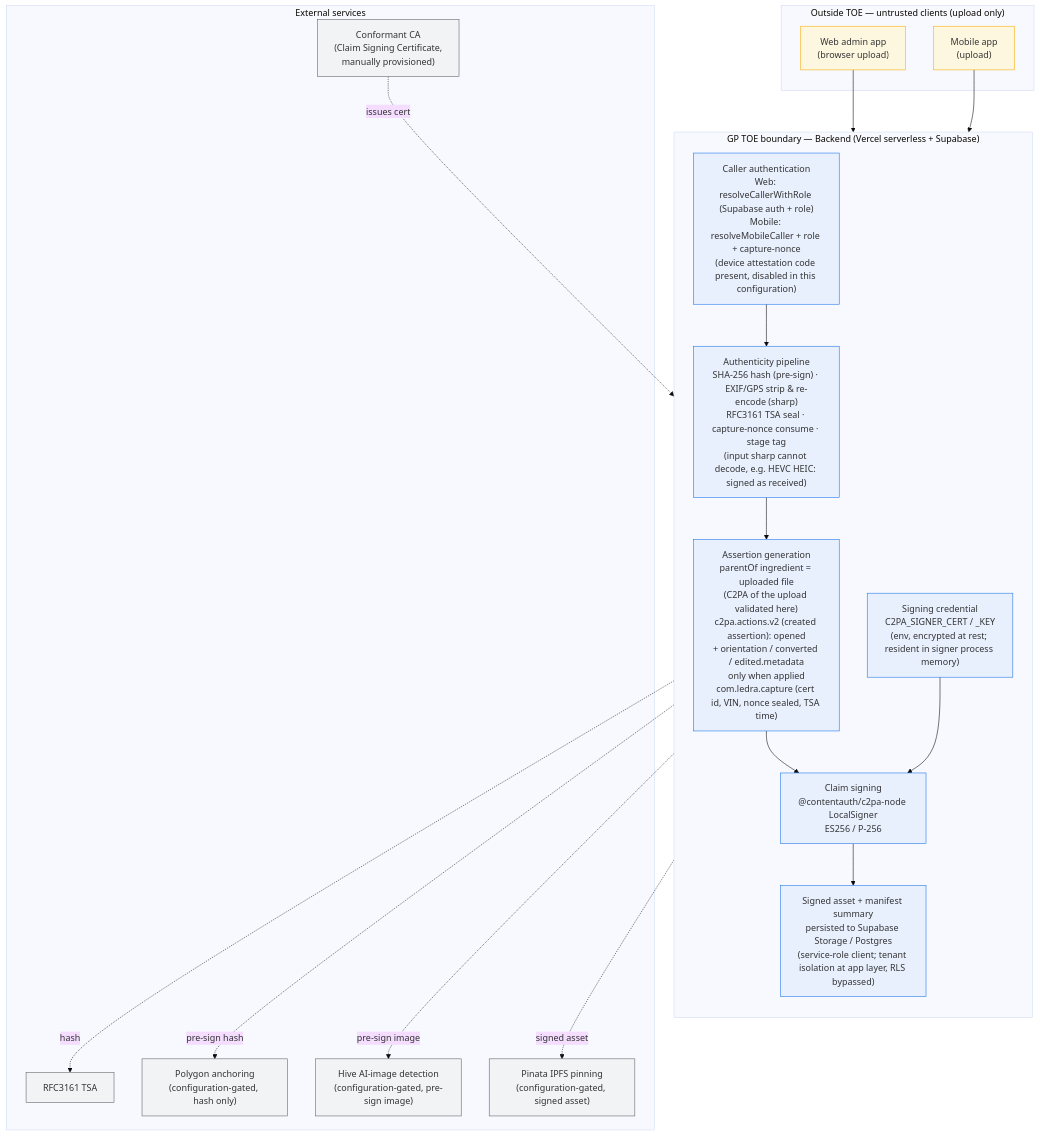
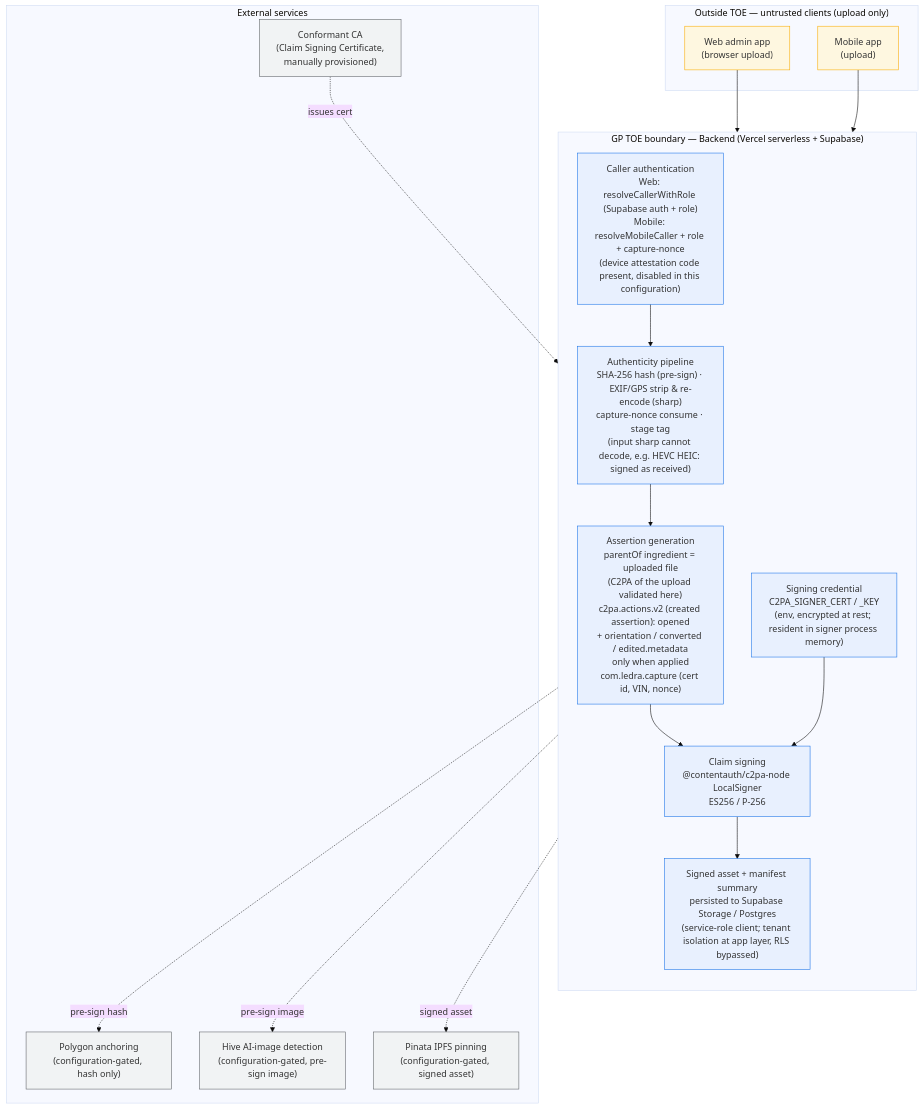
One commit to holy-auto/Ledra changed the diagram in docs/diagrams/c2pa-gp-toe.mmd. Above: the diagram before and after it, drawn with Mermaid (base theme). The commit also changed 4 other files, not shown here.

First line of the commit message:
docs(c2pa): 本番で無効の TSA を GPSA・運用文書・TOE 図から削除

```diff
--- a/docs/diagrams/c2pa-gp-toe.mmd
+++ b/docs/diagrams/c2pa-gp-toe.mmd
@@ -1,44 +1,42 @@
 %% Ledra Generator Product — Target of Evaluation (TOE), Backend class, Assurance Level 1
 %% TOE boundary: from asset capture/upload through claim signing to persistence of the signed asset.
 flowchart TB
     subgraph CLIENT["Outside TOE — untrusted clients (upload only)"]
         WEB["Web admin app<br/>(browser upload)"]
         MOB["Mobile app<br/>(upload)"]
     end
 
     subgraph TOE["GP TOE boundary — Backend (Vercel serverless + Supabase)"]
         direction TB
         AUTH["Caller authentication<br/>Web: resolveCallerWithRole (Supabase auth + role)<br/>Mobile: resolveMobileCaller + role + capture-nonce<br/>(device attestation code present, disabled in this configuration)"]
-        PIPE["Authenticity pipeline<br/>SHA-256 hash (pre-sign) · EXIF/GPS strip &amp; re-encode (sharp)<br/>RFC3161 TSA seal · capture-nonce consume · stage tag<br/>(input sharp cannot decode, e.g. HEVC HEIC: signed as received)"]
-        ASSERT["Assertion generation<br/>parentOf ingredient = uploaded file<br/>(C2PA of the upload validated here)<br/>c2pa.actions.v2 (created assertion): opened<br/>+ orientation / converted / edited.metadata<br/>only when applied<br/>com.ledra.capture (cert id, VIN, nonce sealed, TSA time)"]
+        PIPE["Authenticity pipeline<br/>SHA-256 hash (pre-sign) · EXIF/GPS strip &amp; re-encode (sharp)<br/>capture-nonce consume · stage tag<br/>(input sharp cannot decode, e.g. HEVC HEIC: signed as received)"]
+        ASSERT["Assertion generation<br/>parentOf ingredient = uploaded file<br/>(C2PA of the upload validated here)<br/>c2pa.actions.v2 (created assertion): opened<br/>+ orientation / converted / edited.metadata<br/>only when applied<br/>com.ledra.capture (cert id, VIN, nonce)"]
         SIGN["Claim signing<br/>@contentauth/c2pa-node LocalSigner<br/>ES256 / P-256"]
         KEY["Signing credential<br/>C2PA_SIGNER_CERT / _KEY<br/>(env, encrypted at rest; resident in signer process memory)"]
         STORE["Signed asset + manifest summary<br/>persisted to Supabase Storage / Postgres<br/>(service-role client; tenant isolation at app layer, RLS bypassed)"]
     end
 
     subgraph EXT["External services"]
         CA["Conformant CA<br/>(Claim Signing Certificate,<br/>manually provisioned)"]
-        TSA["RFC3161 TSA"]
         CHAIN["Polygon anchoring<br/>(configuration-gated, hash only)"]
         HIVE["Hive AI-image detection<br/>(configuration-gated, pre-sign image)"]
         IPFS["Pinata IPFS pinning<br/>(configuration-gated, signed asset)"]
     end
 
     WEB --> AUTH
     MOB --> AUTH
     AUTH --> PIPE --> ASSERT --> SIGN --> STORE
     KEY --> SIGN
     CA -. issues cert .-> KEY
-    PIPE -. hash .-> TSA
     %% Polygon anchors the PRE-SIGN pipeline hash (SHA-256 of the stripped buffer),
     %% not the stored signed bytes — embedding the manifest changes the bytes.
     PIPE -. pre-sign hash .-> CHAIN
     PIPE -. pre-sign image .-> HIVE
     SIGN -. signed asset .-> IPFS
 
     classDef toe fill:#e8f0fe,stroke:#1a73e8,stroke-width:1px;
     classDef ext fill:#f1f3f4,stroke:#5f6368,stroke-width:1px;
     classDef cli fill:#fef7e0,stroke:#f9ab00,stroke-width:1px;
     class AUTH,PIPE,ASSERT,SIGN,KEY,STORE toe;
-    class CA,TSA,CHAIN,HIVE,IPFS ext;
+    class CA,CHAIN,HIVE,IPFS ext;
     class WEB,MOB cli;
```
